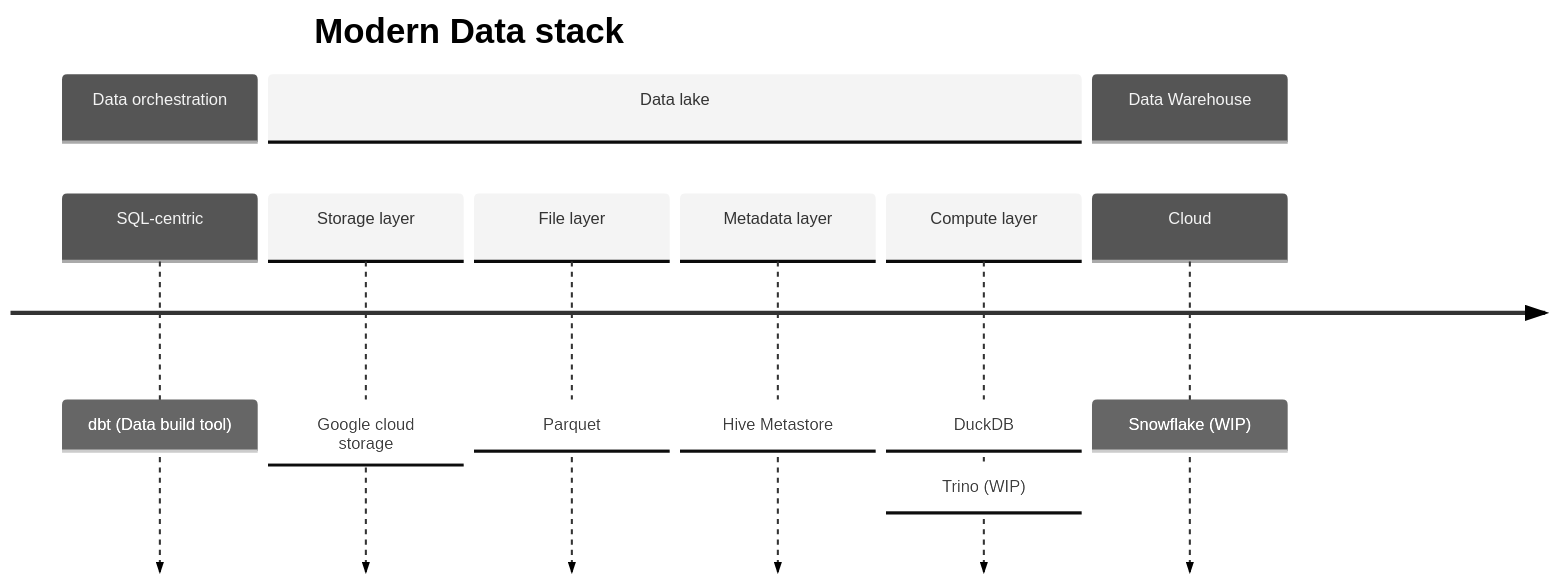
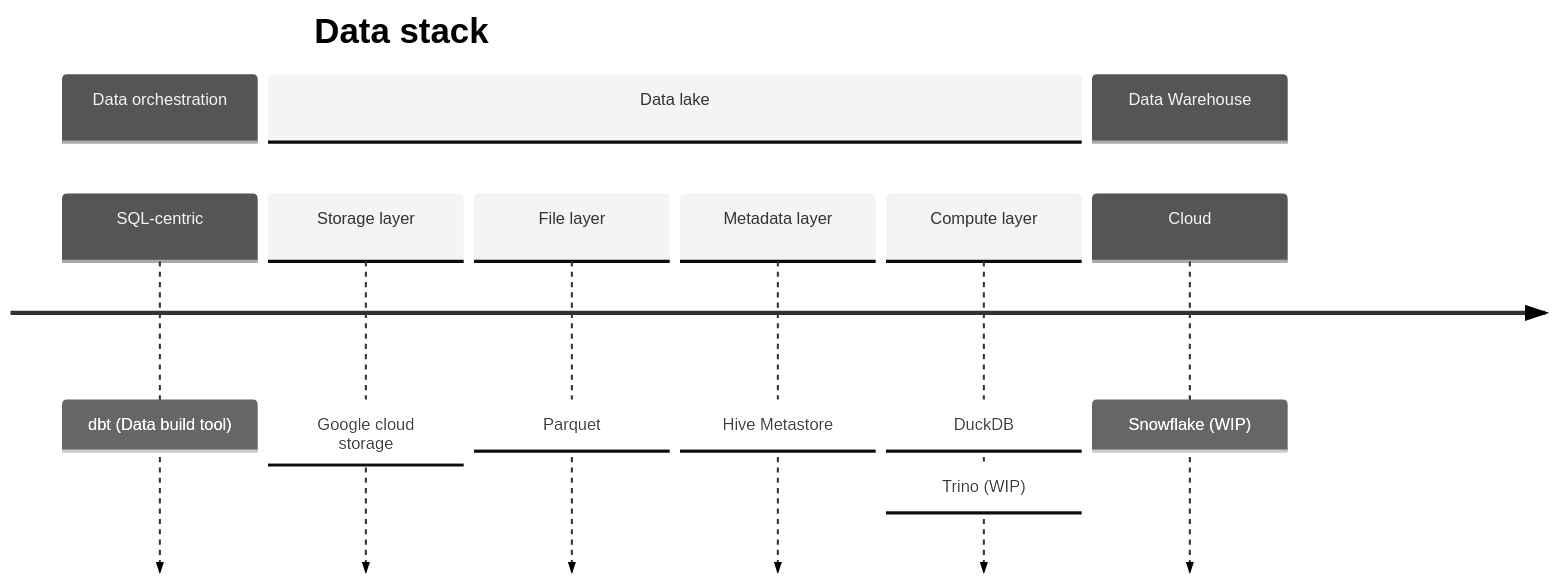
Before and after one commit to srikanthkote/trade_dbt_project: the first of 2 diagrams in README.md, drawn with Mermaid. The commit also changed other lines of this file and 4 other files, not shown here.

````diff
--- a/README.md
+++ b/README.md
@@ -8,17 +8,17 @@
 ```mermaid
 ---
 config:
   theme: neutral
 ---
 timeline
-    title Modern Data stack
+    title Data stack
     section Data orchestration
         SQL-centric : dbt (Data build tool)
     section Data lake
         Storage layer : Google cloud storage
         File layer : Parquet
         Metadata layer : Hive Metastore 
         Compute layer : DuckDB : Trino (WIP)
     section Data Warehouse
         Cloud : Snowflake (WIP)
 ```
````
